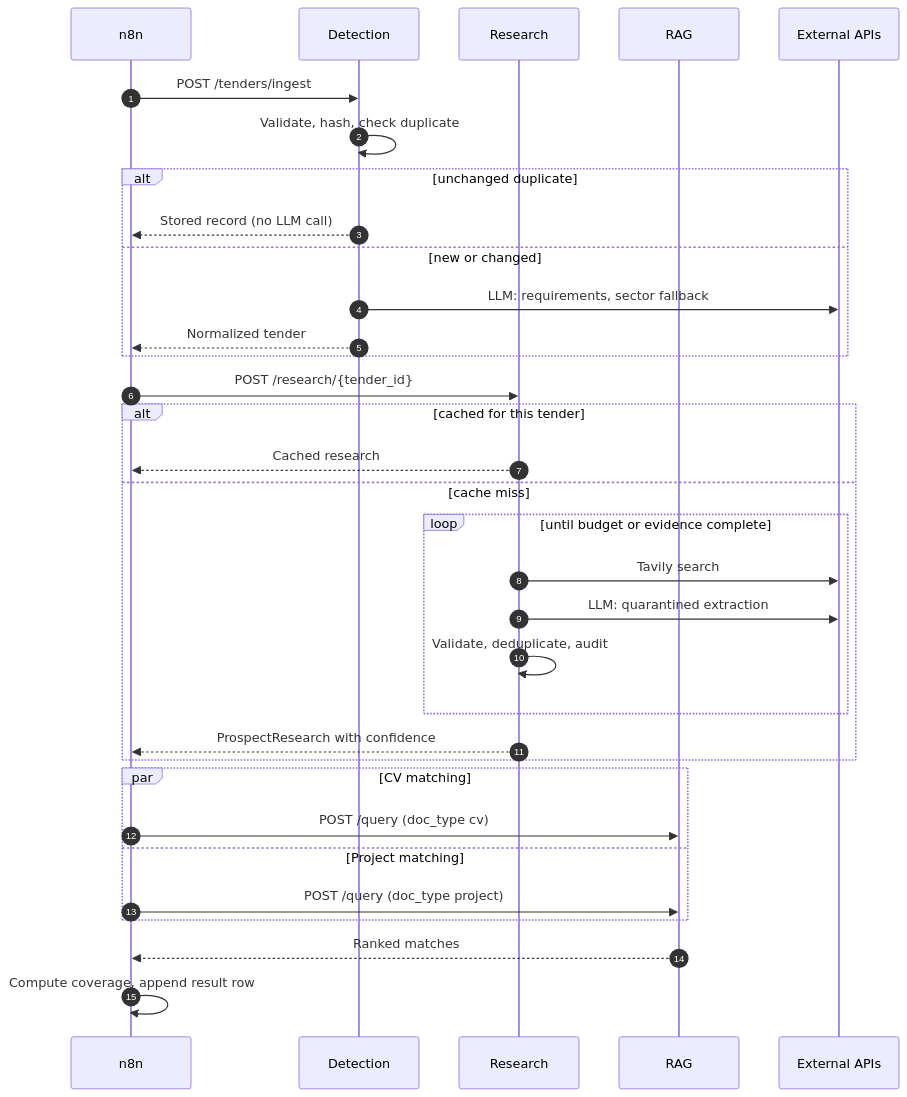
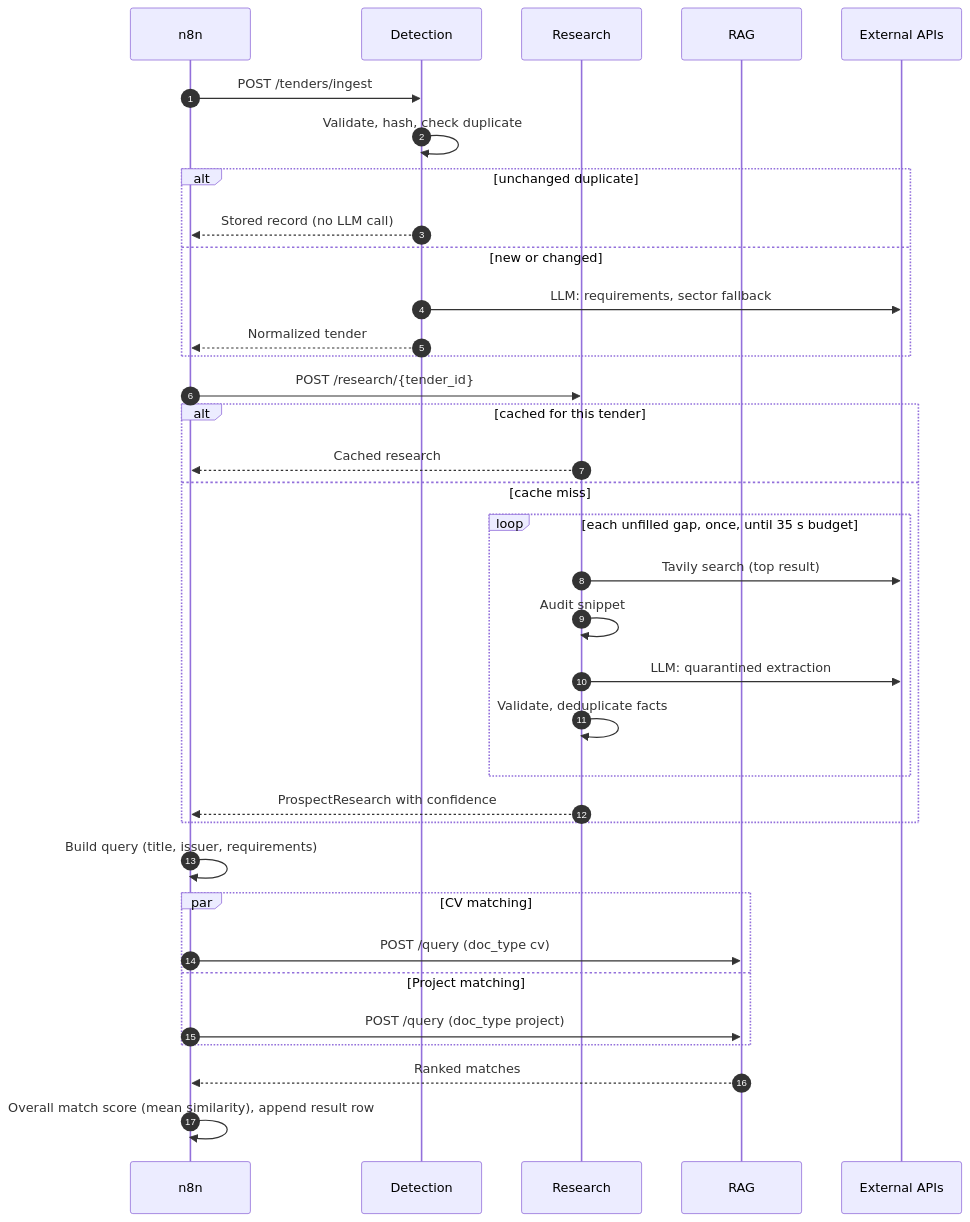
One commit to MY-Kharrat/Submission-001 changed the second of 9 diagrams in README.md. Above: the diagram before and after it, drawn with Mermaid. The commit also changed other lines of this file, not shown here.

Commit message:
Refine flowchart descriptions and matching logic

````diff
--- a/README.md
+++ b/README.md
@@ -104,38 +104,41 @@
 ```mermaid
 sequenceDiagram
     autonumber
     participant W as n8n
     participant D as Detection
     participant R as Research
     participant G as RAG
     participant X as External APIs
 
     W->>D: POST /tenders/ingest
     D->>D: Validate, hash, check duplicate
     alt unchanged duplicate
         D-->>W: Stored record (no LLM call)
     else new or changed
         D->>X: LLM: requirements, sector fallback
         D-->>W: Normalized tender
     end
 
-    W->>R: POST /research/{tender_id}
+ W->>R: POST /research/{tender_id}
     alt cached for this tender
         R-->>W: Cached research
     else cache miss
-        loop until budget or evidence complete
-            R->>X: Tavily search
+        loop each unfilled gap, once, until 35 s budget
+            R->>X: Tavily search (top result)
+            R->>R: Audit snippet
             R->>X: LLM: quarantined extraction
-            R->>R: Validate, deduplicate, audit
+            R->>R: Validate, deduplicate facts
         end
         R-->>W: ProspectResearch with confidence
     end
 
+    W->>W: Build query (title, issuer, requirements)
     par CV matching
         W->>G: POST /query (doc_type cv)
     and Project matching
         W->>G: POST /query (doc_type project)
     end
     G-->>W: Ranked matches
-    W->>W: Compute coverage, append result row
+    W->>W: Overall match score (mean similarity), append result row
+
 ```
````
